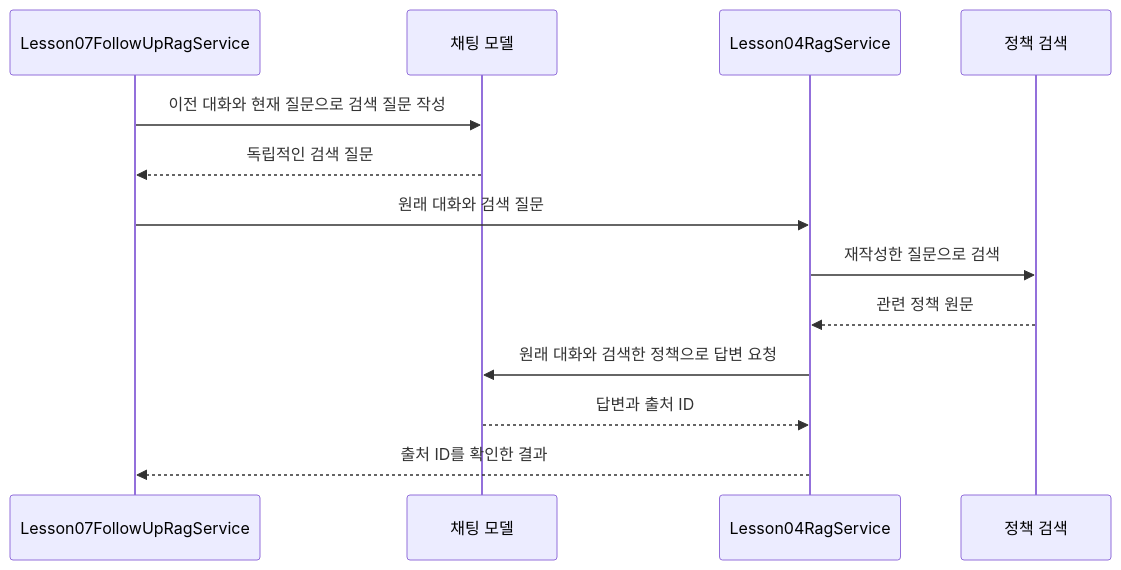
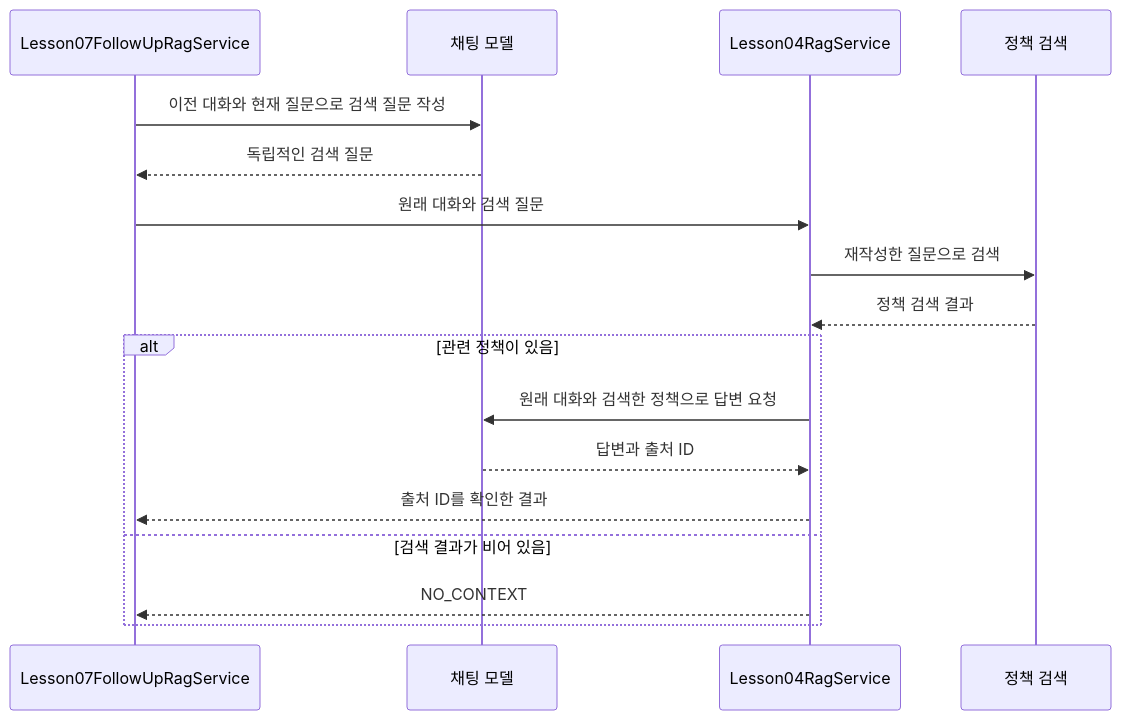
The diagram in Spring-AI-Agent-Learning/docs/lessons/10-rag/07-follow-up-search.md (Justin-ad-Park/SpringShoppingAI), drawn with Mermaid before and after one commit. The commit also changed other lines of this file and 13 other files, not shown here.

````diff
--- a/Spring-AI-Agent-Learning/docs/lessons/10-rag/07-follow-up-search.md
+++ b/Spring-AI-Agent-Learning/docs/lessons/10-rag/07-follow-up-search.md
@@ -22,15 +22,19 @@
 ```mermaid
 sequenceDiagram
     participant S as Lesson07FollowUpRagService
     participant M as 채팅 모델
     participant R as Lesson04RagService
     participant V as 정책 검색
     S->>M: 이전 대화와 현재 질문으로 검색 질문 작성
     M-->>S: 독립적인 검색 질문
     S->>R: 원래 대화와 검색 질문
     R->>V: 재작성한 질문으로 검색
-    V-->>R: 관련 정책 원문
-    R->>M: 원래 대화와 검색한 정책으로 답변 요청
-    M-->>R: 답변과 출처 ID
-    R-->>S: 출처 ID를 확인한 결과
+    V-->>R: 정책 검색 결과
+    alt 관련 정책이 있음
+        R->>M: 원래 대화와 검색한 정책으로 답변 요청
+        M-->>R: 답변과 출처 ID
+        R-->>S: 출처 ID를 확인한 결과
+    else 검색 결과가 비어 있음
+        R-->>S: NO_CONTEXT
+    end
 ```
````
